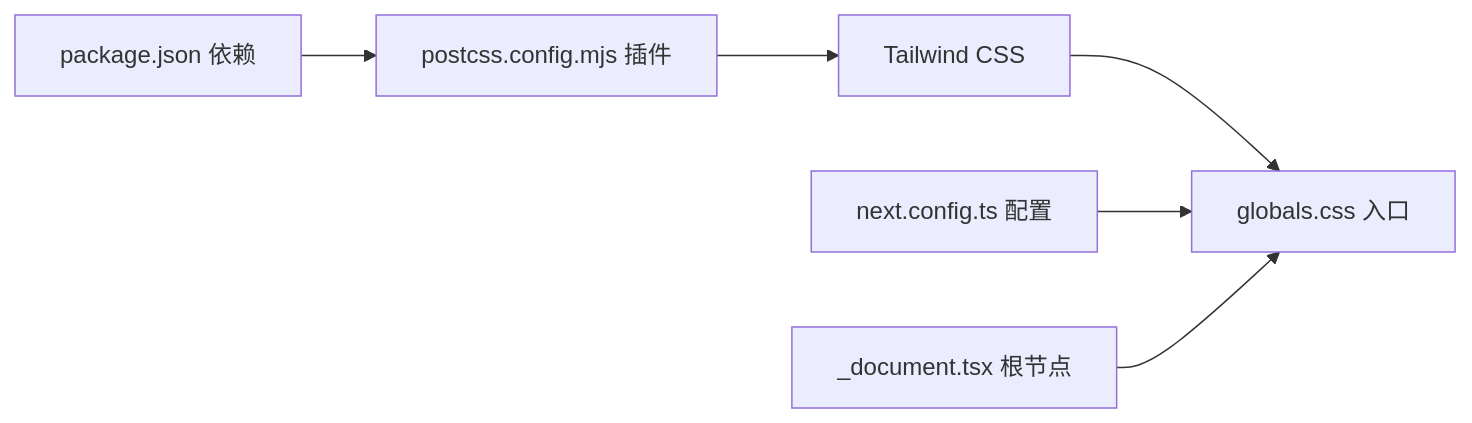
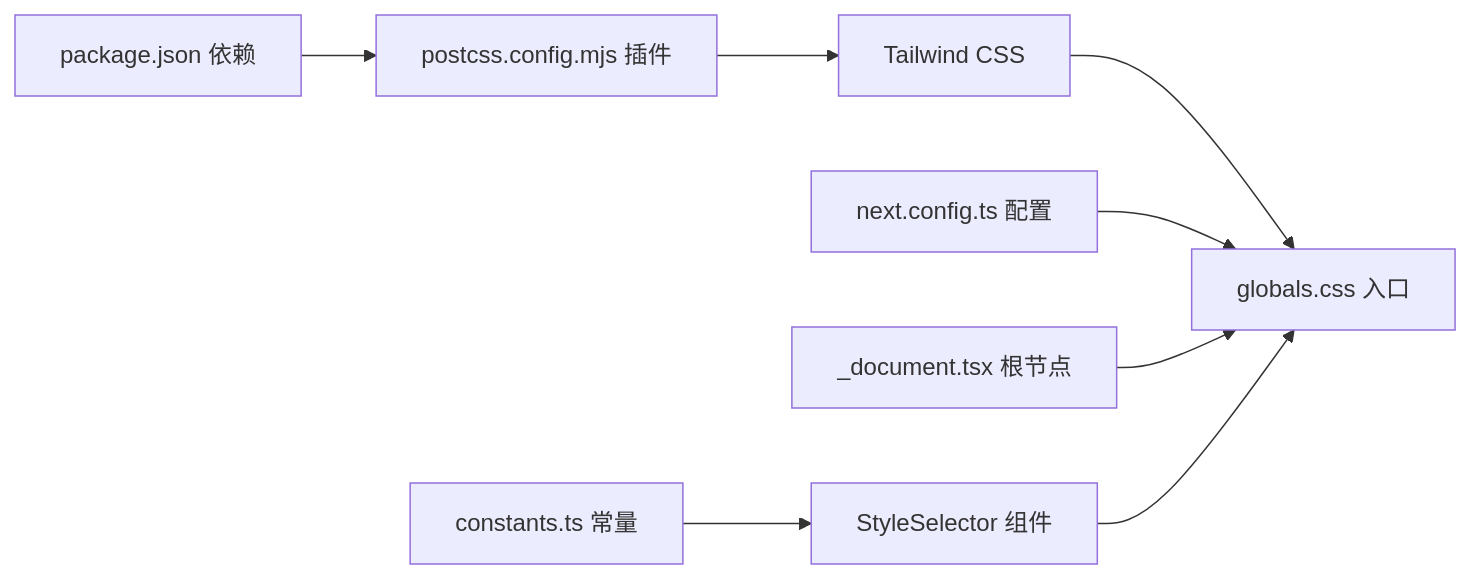
The eighth of 8 diagrams in .qoder/repowiki/zh/content/前端组件架构/样式与主题.md (lyl2021/waoowaoo), drawn with Mermaid before and after one commit. The commit also changed other lines of this file and 20 other files, not shown here.

````diff
--- a/.qoder/repowiki/zh/content/前端组件架构/样式与主题.md
+++ b/.qoder/repowiki/zh/content/前端组件架构/样式与主题.md
@@ -272,8 +369,10 @@
 ```mermaid
 graph LR
 Pkg["package.json 依赖"] --> Post["postcss.config.mjs 插件"]
 Post --> Tw["Tailwind CSS"]
 Tw --> Glob["globals.css 入口"]
 NextCfg["next.config.ts 配置"] --> Glob
 Doc["_document.tsx 根节点"] --> Glob
+Const["constants.ts 常量"] --> StyleSel["StyleSelector 组件"]
+StyleSel --> Glob
 ```
````
